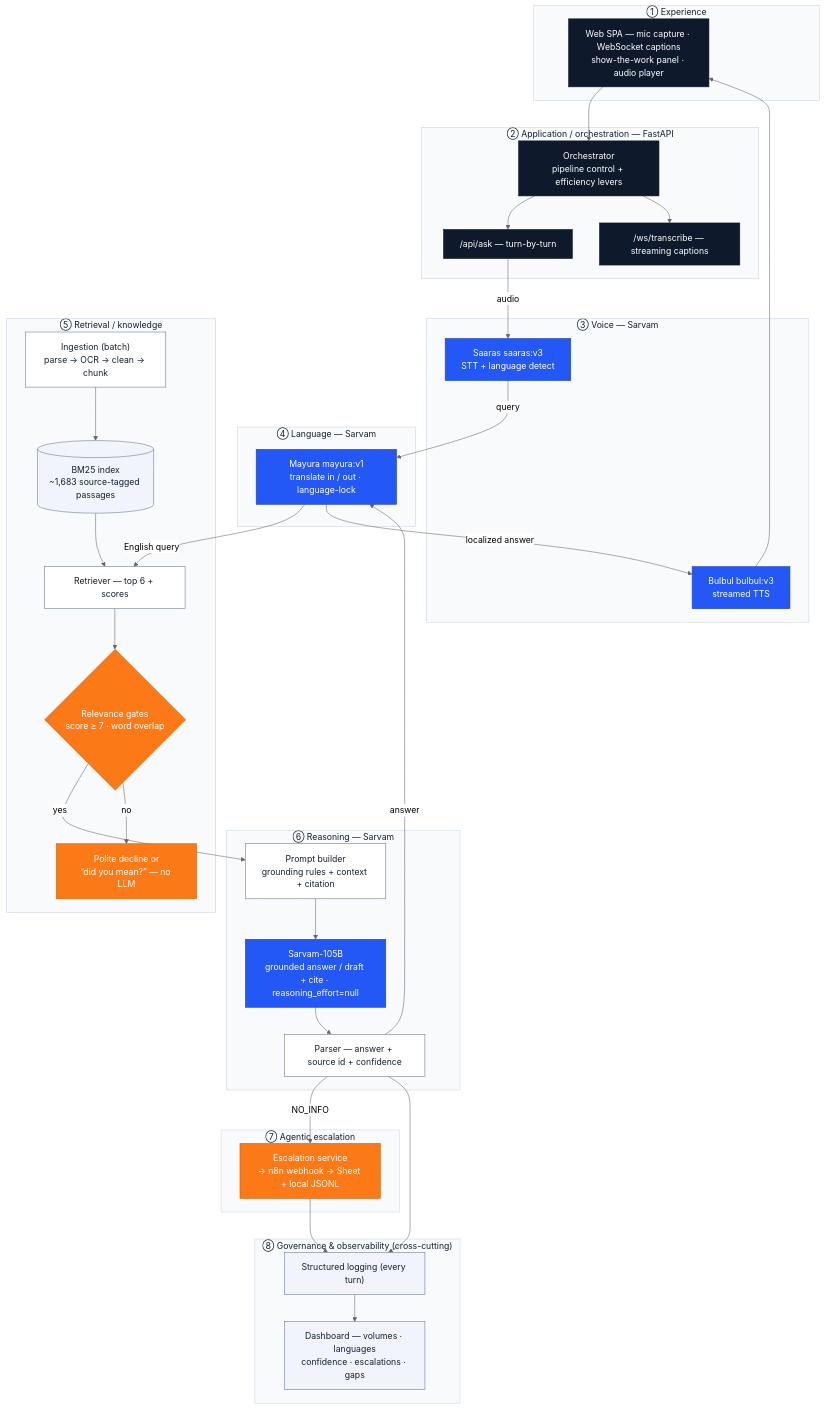
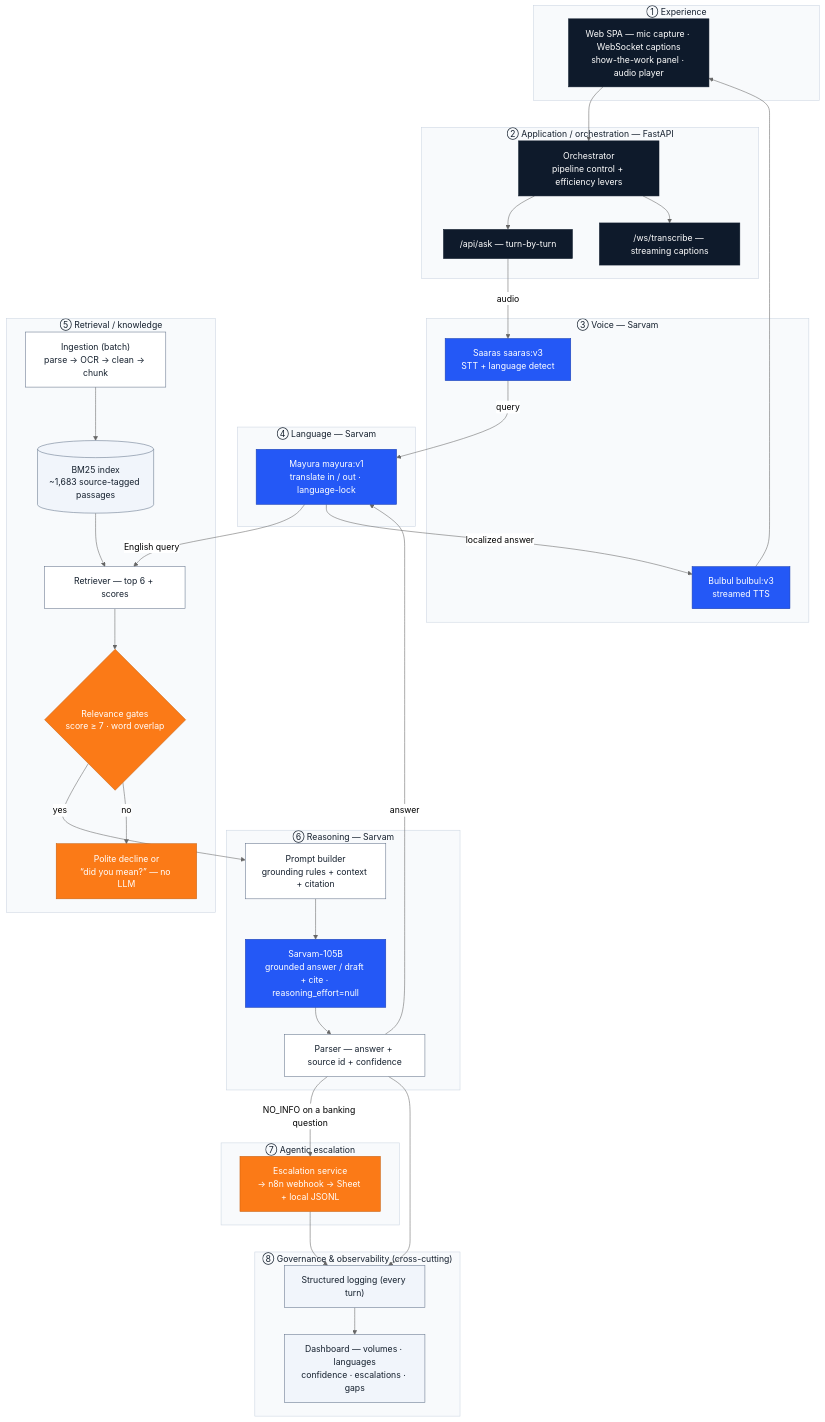
Before and after one commit to vihb09/pnb-sahayak: the second of 6 diagrams in docs/architecture.md, drawn with Mermaid (neutral theme). The commit also changed other lines of this file and 5 other files, not shown here.

````diff
--- a/docs/architecture.md
+++ b/docs/architecture.md
@@ -66,68 +66,68 @@
 ```mermaid
 flowchart TB
     subgraph L1["① Experience"]
         SPA["Web SPA — mic capture · WebSocket captions<br/>show-the-work panel · audio player"]:::app
     end
     subgraph L2["② Application / orchestration — FastAPI"]
         ORCH["Orchestrator<br/>pipeline control + efficiency levers"]:::app
         ASK["/api/ask — turn-by-turn"]:::app
         WS["/ws/transcribe — streaming captions"]:::app
     end
     subgraph L3["③ Voice — Sarvam"]
         STT["Saaras saaras:v3<br/>STT + language detect"]:::sarvam
         TTS["Bulbul bulbul:v3<br/>streamed TTS"]:::sarvam
     end
     subgraph L4["④ Language — Sarvam"]
         TRN["Mayura mayura:v1<br/>translate in / out · language-lock"]:::sarvam
     end
     subgraph L5["⑤ Retrieval / knowledge"]
         ING["Ingestion (batch)<br/>parse → OCR → clean → chunk"]:::neutral
         IDX[("BM25 index<br/>~1,683 source-tagged passages")]:::store
         RET["Retriever — top 6 + scores"]:::neutral
         GATE{"Relevance gates<br/>score ≥ 7 · word overlap"}:::decision
         DEC["Polite decline or<br/>“did you mean?” — no LLM"]:::decision
     end
     subgraph L6["⑥ Reasoning — Sarvam"]
         PB["Prompt builder<br/>grounding rules + context + citation"]:::neutral
         LLM["Sarvam-105B<br/>grounded answer / draft + cite · reasoning_effort=null"]:::sarvam
         PARSE["Parser — answer + source id + confidence"]:::neutral
     end
     subgraph L7["⑦ Agentic escalation"]
         ESC["Escalation service<br/>→ n8n webhook → Sheet + local JSONL"]:::escalate
     end
     subgraph L8["⑧ Governance & observability (cross-cutting)"]
         LOG["Structured logging (every turn)"]:::store
         DASH["Dashboard — volumes · languages<br/>confidence · escalations · gaps"]:::store
     end
 
     SPA --> ORCH
     ORCH --> ASK
     ORCH --> WS
     ASK -->|audio| STT
     STT -->|"query"| TRN
     TRN -->|"English query"| RET
     ING --> IDX --> RET --> GATE
     GATE -->|yes| PB --> LLM --> PARSE
     PARSE -->|"answer"| TRN
     TRN -->|"localized answer"| TTS --> SPA
     GATE -->|no| DEC
-    PARSE -->|"NO_INFO"| ESC
+    PARSE -->|"NO_INFO on a banking question"| ESC
     PARSE --> LOG
     ESC --> LOG
     LOG --> DASH
 
     classDef app fill:#0E1A2B,stroke:#0E1A2B,color:#ffffff;
     classDef sarvam fill:#2458F6,stroke:#1B3FB0,color:#ffffff;
     classDef decision fill:#FB7A17,stroke:#C85F0E,color:#ffffff;
     classDef escalate fill:#FB7A17,stroke:#C85F0E,color:#ffffff;
     classDef neutral fill:#FFFFFF,stroke:#64748B,color:#15202E;
     classDef store fill:#F1F5FB,stroke:#64748B,color:#15202E;
     style L1 fill:#F8FAFC,stroke:#CBD5E1,color:#15202E
     style L2 fill:#F8FAFC,stroke:#CBD5E1,color:#15202E
     style L3 fill:#F8FAFC,stroke:#CBD5E1,color:#15202E
     style L4 fill:#F8FAFC,stroke:#CBD5E1,color:#15202E
     style L5 fill:#F8FAFC,stroke:#CBD5E1,color:#15202E
     style L6 fill:#F8FAFC,stroke:#CBD5E1,color:#15202E
     style L7 fill:#F8FAFC,stroke:#CBD5E1,color:#15202E
     style L8 fill:#F8FAFC,stroke:#CBD5E1,color:#15202E
 ```
````
